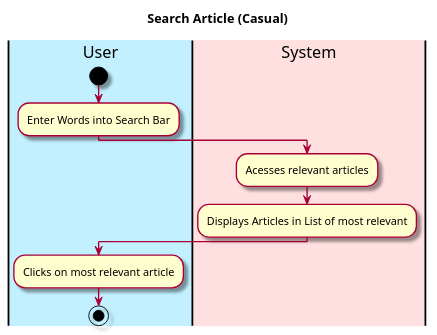
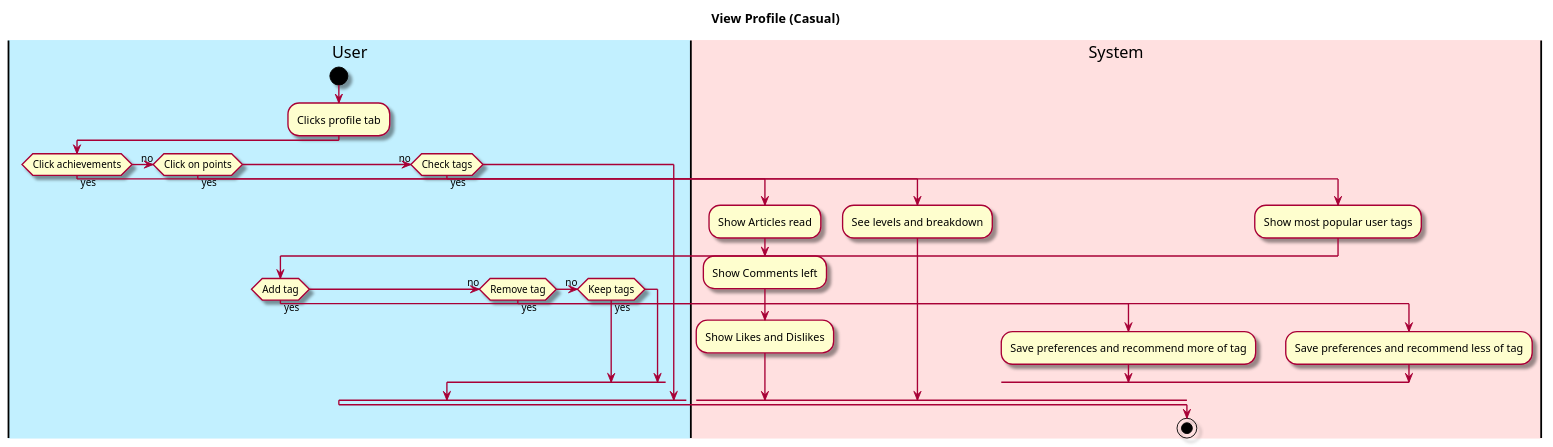
One commit to owhitleym-ui/EcoScoop changed the diagram in intellij/doc/Functional Specification/view-profile.md. Above: the diagram before and after it, drawn with PlantUML. The commit also changed other lines of this file and 1 other file, not shown here.

Commit message:
Finished view-profile

````diff
--- a/intellij/doc/Functional Specification/view-profile.md
+++ b/intellij/doc/Functional Specification/view-profile.md
@@ -33,25 +22,40 @@
 ```plantuml
 @startuml
 
 skin rose
 
-title Search Article (Casual)
+title View Profile (Casual)
 
 'define the lanes
 |#application|User|
 |#implementation|System|
 
 |User|
 start
-:Enter Words into Search Bar;
+:Clicks profile tab;
 
-|System|
-:Acesses relevant articles;
-:Displays Articles in List of most relevant;
+if (Click achievements) then (yes)
+    |System|
+    :Show Articles read;
+    :Show Comments left;
+    :Show Likes and Dislikes;
+    
+(no) elseif (Click on points) then (yes)
+    |System|
+    :See levels and breakdown;
+(no) elseif  (Check tags) then (yes)
+:Show most popular user tags;
+    |User|
+    if (Add tag) then (yes)
+        |System|
+        :Save preferences and recommend more of tag;
+    (no) elseif (Remove tag) then (yes)
+        |System|
+        :Save preferences and recommend less of tag;
+    (no)elseif (Keep tags) then (yes)
+    endif
 
-|User|
-:Clicks on most relevant article;
-
+endif
 stop
 @enduml
 ```
````
